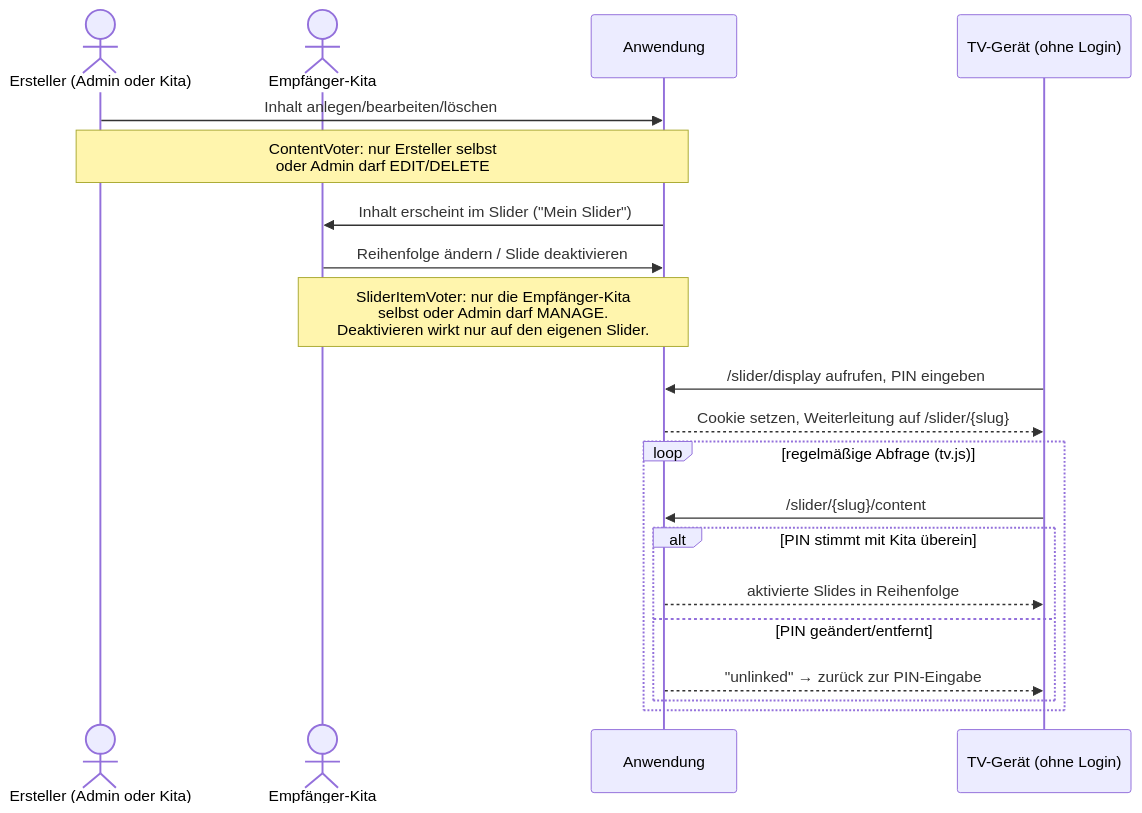
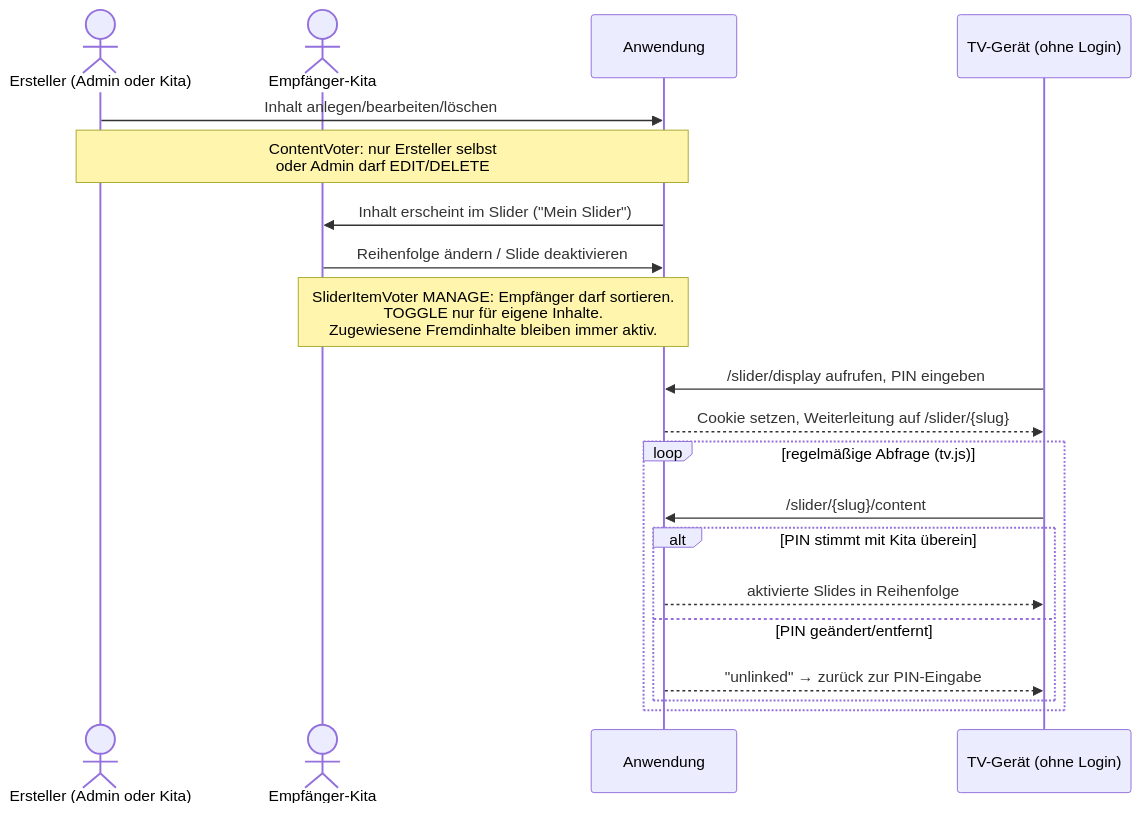
One commit to TimothyRoth/kitamanager changed the third of 4 diagrams in docs/autorisierung-und-benutzerverwaltung.md. Above: the diagram before and after it, drawn with Mermaid. The commit also changed other lines of this file and 12 other files, not shown here.

````diff
--- a/docs/autorisierung-und-benutzerverwaltung.md
+++ b/docs/autorisierung-und-benutzerverwaltung.md
@@ -86,25 +86,25 @@
 ```mermaid
 sequenceDiagram
     actor Ersteller as Ersteller (Admin oder Kita)
     actor Konsument as Empfänger-Kita
     participant App as Anwendung
     participant TV as TV-Gerät (ohne Login)
 
     Ersteller->>App: Inhalt anlegen/bearbeiten/löschen
     Note over Ersteller,App: ContentVoter: nur Ersteller selbst<br/>oder Admin darf EDIT/DELETE
 
     App->>Konsument: Inhalt erscheint im Slider ("Mein Slider")
     Konsument->>App: Reihenfolge ändern / Slide deaktivieren
-    Note over Konsument,App: SliderItemVoter: nur die Empfänger-Kita<br/>selbst oder Admin darf MANAGE.<br/>Deaktivieren wirkt nur auf den eigenen Slider.
+    Note over Konsument,App: SliderItemVoter MANAGE: Empfänger darf sortieren.<br/>TOGGLE nur für eigene Inhalte.<br/>Zugewiesene Fremdinhalte bleiben immer aktiv.
 
     TV->>App: /slider/display aufrufen, PIN eingeben
     App-->>TV: Cookie setzen, Weiterleitung auf /slider/{slug}
     loop regelmäßige Abfrage (tv.js)
         TV->>App: /slider/{slug}/content
         alt PIN stimmt mit Kita überein
             App-->>TV: aktivierte Slides in Reihenfolge
         else PIN geändert/entfernt
             App-->>TV: "unlinked" → zurück zur PIN-Eingabe
         end
     end
 ```
````
